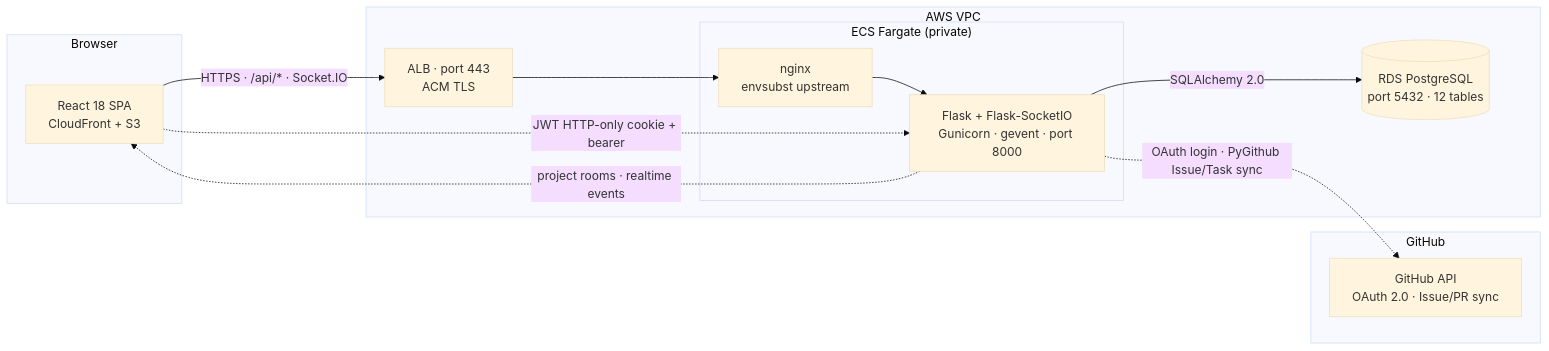
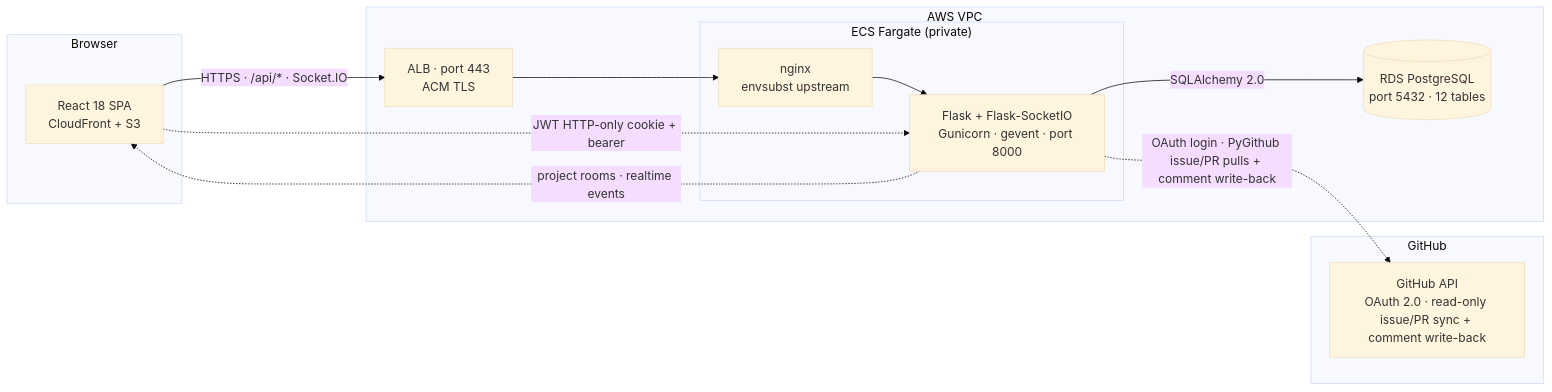
One commit to AhmedIkram05/devsync changed the diagram in README.md. Above: the diagram before and after it, drawn with Mermaid (base theme). The commit also changed other lines of this file and 2 other files, not shown here.

````diff
--- a/README.md
+++ b/README.md
@@ -50,27 +50,27 @@
 ```mermaid
 flowchart LR
     subgraph Client["Browser"]
         SPA["React 18 SPA<br/>CloudFront + S3"]
     end
 
     subgraph GitHub["GitHub"]
-        GH["GitHub API<br/>OAuth 2.0 · Issue/PR sync"]
+        GH["GitHub API<br/>OAuth 2.0 · read-only issue/PR sync + comment write-back"]
     end
 
     subgraph AWS_VPC["AWS VPC"]
         ALB["ALB · port 443<br/>ACM TLS"]
         subgraph ECS["ECS Fargate (private)"]
             NX["nginx<br/>envsubst upstream"]
             APP["Flask + Flask-SocketIO<br/>Gunicorn · gevent · port 8000"]
         end
         RDS[("RDS PostgreSQL<br/>port 5432 · 12 tables")]
     end
 
     SPA -->|"HTTPS · /api/* · Socket.IO"| ALB
     ALB --> NX
     NX --> APP
     APP -->|"SQLAlchemy 2.0"| RDS
     SPA -.->|"JWT HTTP-only cookie + bearer"| APP
-    APP -.->|"OAuth login · PyGithub Issue/Task sync"| GH
+    APP -.->|"OAuth login · PyGithub issue/PR pulls + comment write-back"| GH
     APP -.->|"project rooms · realtime events"| SPA
 ```
````
